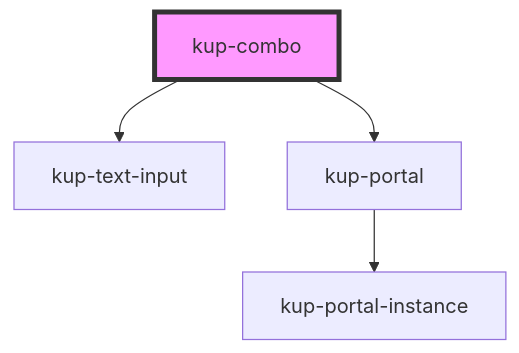
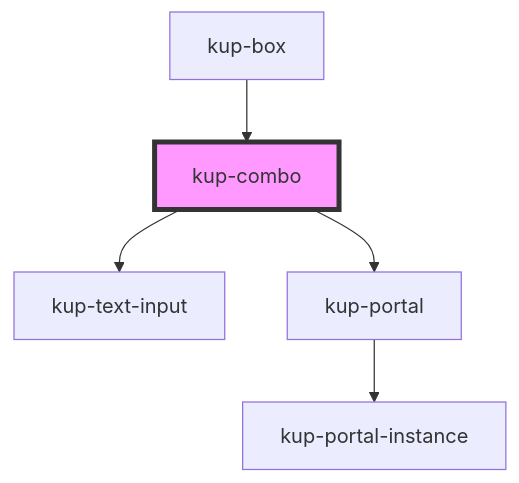
One commit to smeup/ketchup changed the diagram in packages/ketchup/src/components/kup-combo/readme.md. Above: the diagram before and after it, drawn with Mermaid. The commit also changed other lines of this file and 11 other files, not shown here.

Commit message:
Updated readmes. Fixed index.html. Migrated kup-box, kup-gauge, kup-image.

````diff
--- a/packages/ketchup/src/components/kup-combo/readme.md
+++ b/packages/ketchup/src/components/kup-combo/readme.md
@@ -73,7 +77,8 @@
 ```mermaid
 graph TD;
   kup-combo --> kup-text-input
   kup-combo --> kup-portal
   kup-portal --> kup-portal-instance
+  kup-box --> kup-combo
   style kup-combo fill:#f9f,stroke:#333,stroke-width:4px
 ```
````
